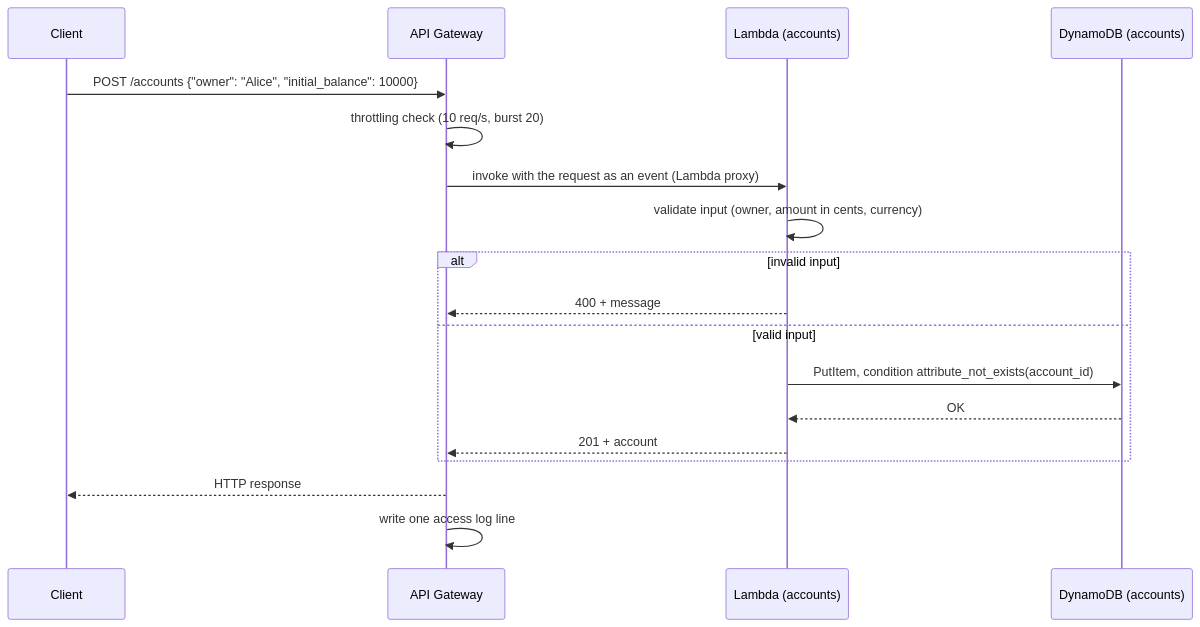
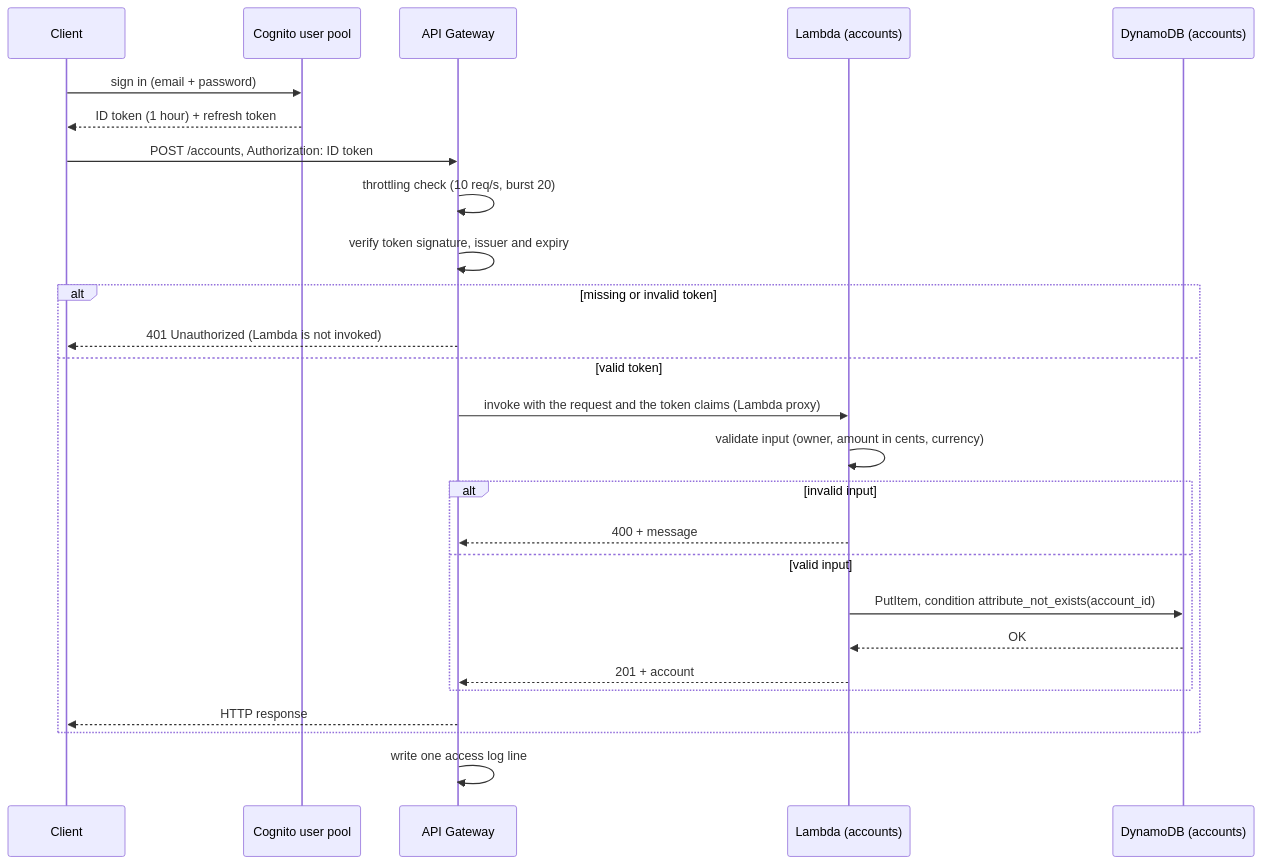
One commit to samibhiri/serverless-transfer-saga changed the second of 2 diagrams in docs/architecture/accounts-api.md. Above: the diagram before and after it, drawn with Mermaid. The commit also changed other lines of this file and 5 other files, not shown here.

````diff
--- a/docs/architecture/accounts-api.md
+++ b/docs/architecture/accounts-api.md
@@ -49,21 +52,29 @@
 ```mermaid
 sequenceDiagram
     participant C as Client
+    participant U as Cognito user pool
     participant A as API Gateway
     participant L as Lambda (accounts)
     participant D as DynamoDB (accounts)
 
-    C->>A: POST /accounts {"owner": "Alice", "initial_balance": 10000}
+    C->>U: sign in (email + password)
+    U-->>C: ID token (1 hour) + refresh token
+    C->>A: POST /accounts, Authorization: ID token
     A->>A: throttling check (10 req/s, burst 20)
-    A->>L: invoke with the request as an event (Lambda proxy)
-    L->>L: validate input (owner, amount in cents, currency)
-    alt invalid input
-        L-->>A: 400 + message
-    else valid input
-        L->>D: PutItem, condition attribute_not_exists(account_id)
-        D-->>L: OK
-        L-->>A: 201 + account
+    A->>A: verify token signature, issuer and expiry
+    alt missing or invalid token
+        A-->>C: 401 Unauthorized (Lambda is not invoked)
+    else valid token
+        A->>L: invoke with the request and the token claims (Lambda proxy)
+        L->>L: validate input (owner, amount in cents, currency)
+        alt invalid input
+            L-->>A: 400 + message
+        else valid input
+            L->>D: PutItem, condition attribute_not_exists(account_id)
+            D-->>L: OK
+            L-->>A: 201 + account
+        end
+        A-->>C: HTTP response
     end
-    A-->>C: HTTP response
     A->>A: write one access log line
 ```
````
